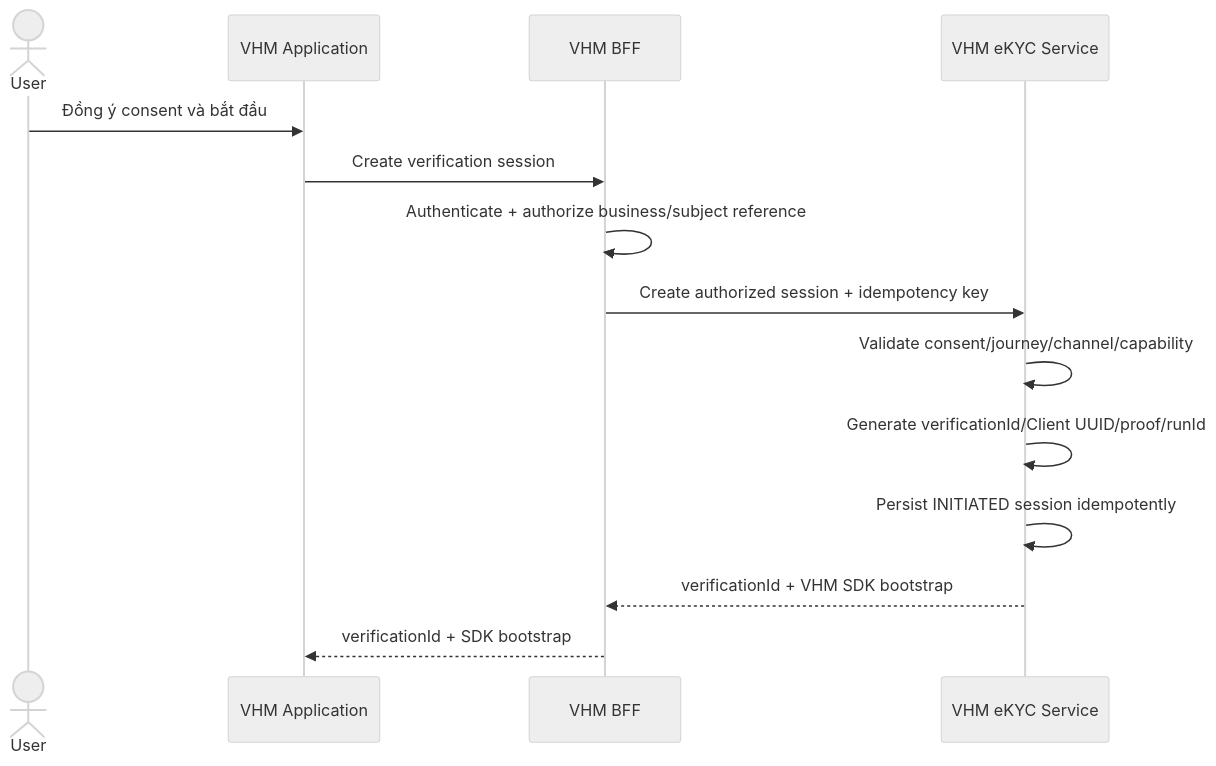
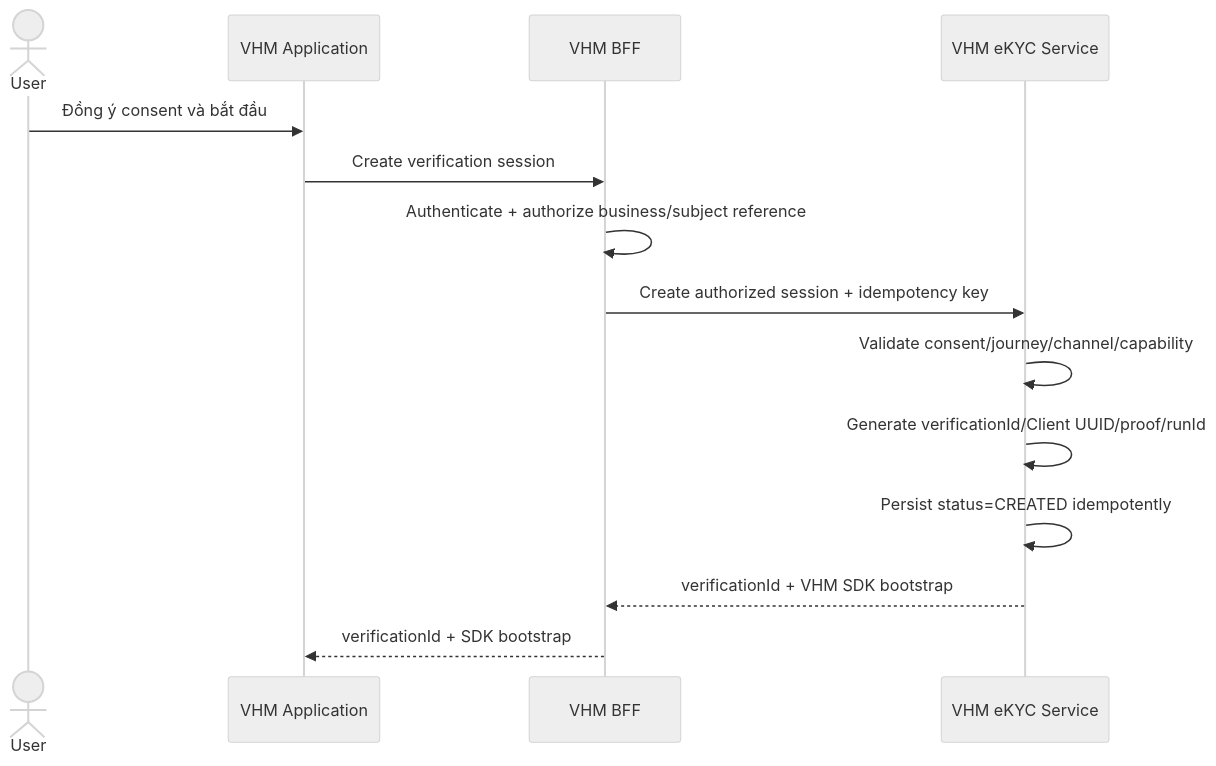
One commit to huynv-xyz/vhm changed diagram 11 of 19 in tdd2.md. Above: the diagram before and after it, drawn with Mermaid (neutral theme). The commit also changed other lines of this file, not shown here.

````diff
--- a/tdd2.md
+++ b/tdd2.md
@@ -1135,16 +1125,16 @@
 ```mermaid
 sequenceDiagram
     actor User
     participant APP as VHM Application
     participant BFF as VHM BFF
     participant EKYC_SERVICE as VHM eKYC Service
     User->>APP: Đồng ý consent và bắt đầu
     APP->>BFF: Create verification session
     BFF->>BFF: Authenticate + authorize business/subject reference
     BFF->>EKYC_SERVICE: Create authorized session + idempotency key
     EKYC_SERVICE->>EKYC_SERVICE: Validate consent/journey/channel/capability
     EKYC_SERVICE->>EKYC_SERVICE: Generate verificationId/Client UUID/proof/runId
-    EKYC_SERVICE->>EKYC_SERVICE: Persist INITIATED session idempotently
+    EKYC_SERVICE->>EKYC_SERVICE: Persist status=CREATED idempotently
     EKYC_SERVICE-->>BFF: verificationId + VHM SDK bootstrap
     BFF-->>APP: verificationId + SDK bootstrap
 ```
````
